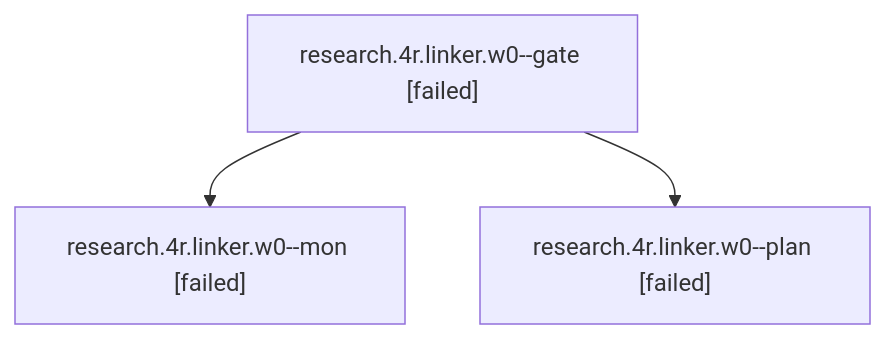
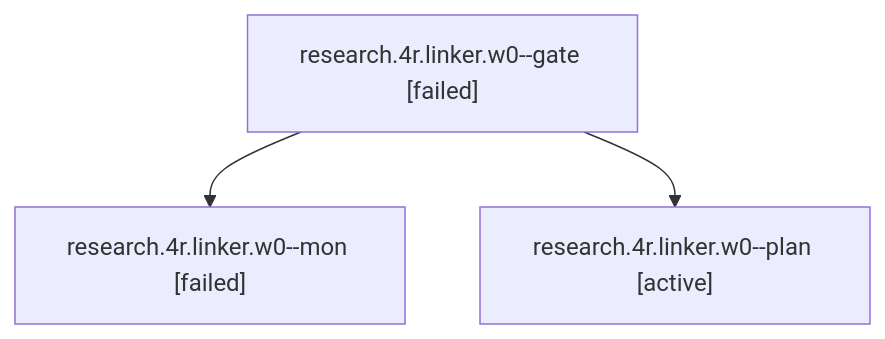
Before and after one commit to bobs-org/bob-cli--agents: the diagram in sessions/bbugyi200.athena.research.4r.linker.w0.md, drawn with Mermaid. The commit also changed other lines of this file and 391 other files, not shown here.

````diff
--- a/sessions/bbugyi200.athena.research.4r.linker.w0.md
+++ b/sessions/bbugyi200.athena.research.4r.linker.w0.md
@@ -9,8 +9,8 @@
 ```mermaid
 flowchart TD
   n0["research.4r.linker.w0--gate [failed]"]
   n1["research.4r.linker.w0--mon [failed]"]
   n0 --> n1
-  n2["research.4r.linker.w0--plan [failed]"]
+  n2["research.4r.linker.w0--plan [active]"]
   n0 --> n2
 ```
````
